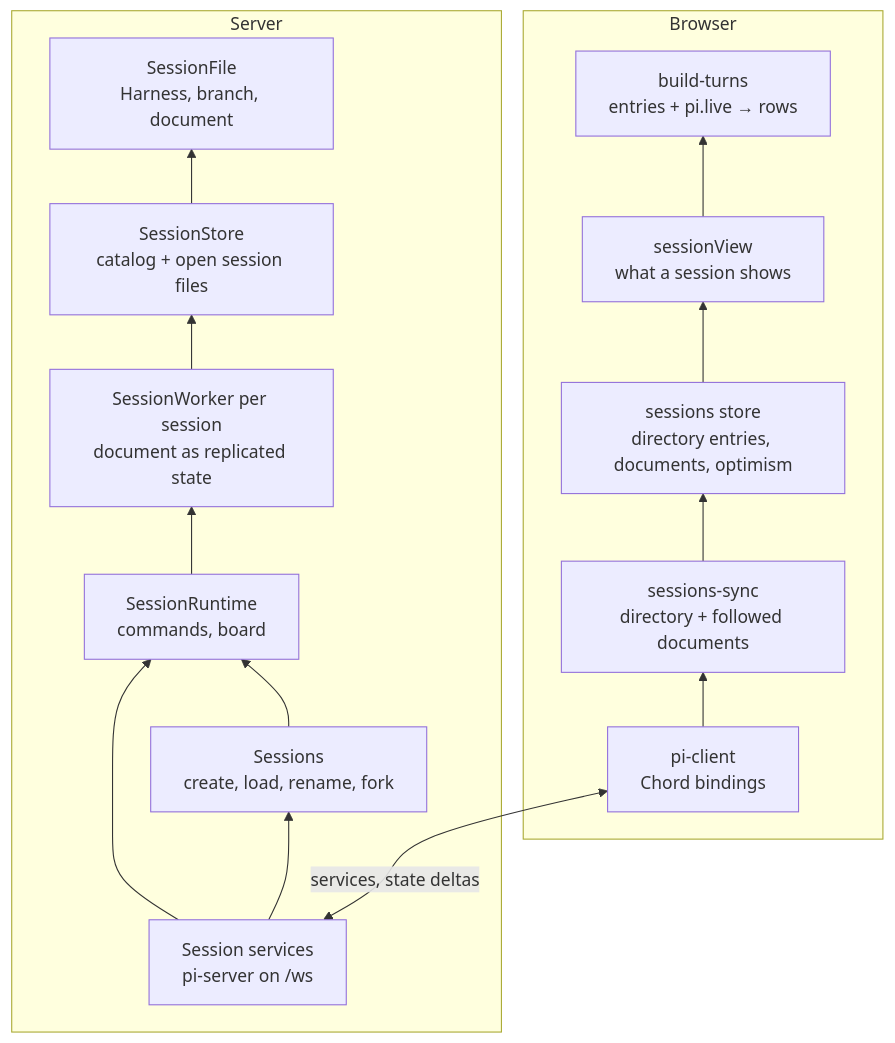
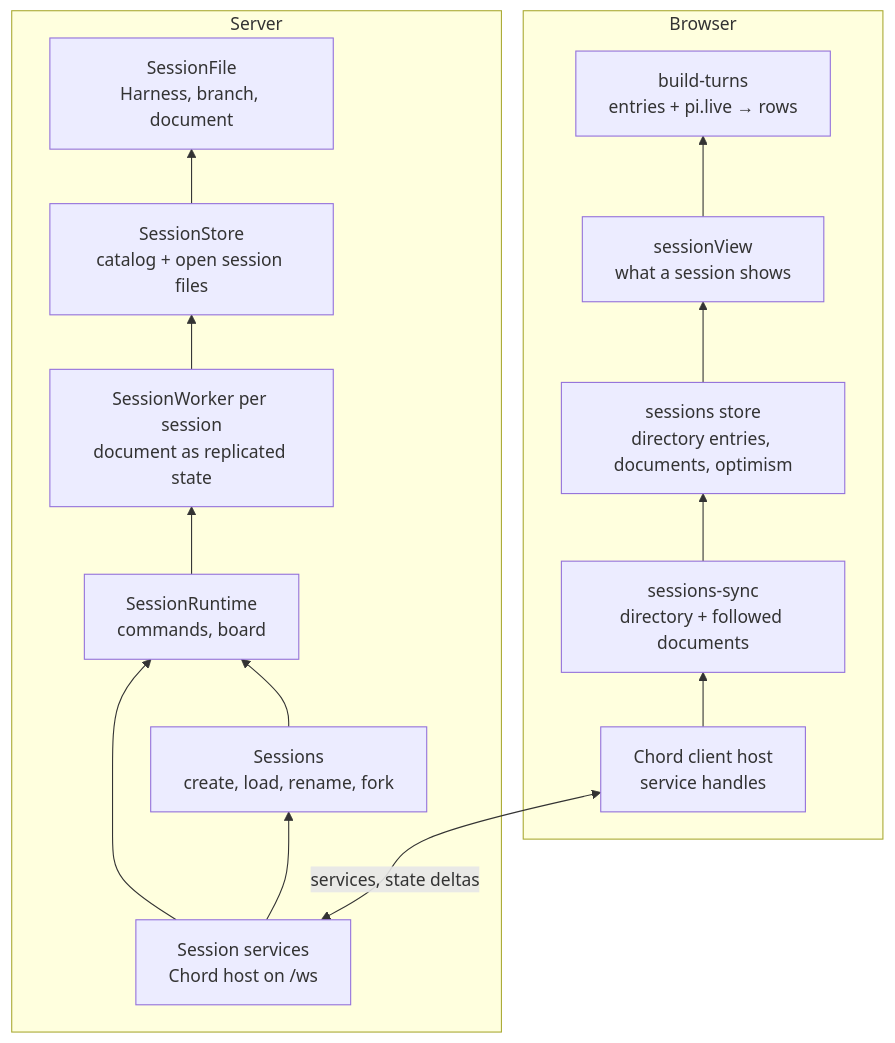
The diagram in docs/internal/session-runtime.md (mattiacerutti/supernova), drawn with Mermaid before and after one commit. The commit also changed other lines of this file and 69 other files, not shown here.

````diff
--- a/docs/internal/session-runtime.md
+++ b/docs/internal/session-runtime.md
@@ -53,32 +53,32 @@
 ```mermaid
 flowchart BT
     subgraph server[Server]
-        edge["Session services<br/>pi-server on /ws"]
+        edge["Session services<br/>Chord host on /ws"]
         sessions["Sessions<br/>create, load, rename, fork"]
         runtimeService["SessionRuntime<br/>commands, board"]
         worker["SessionWorker per session<br/>document as replicated state"]
         store["SessionStore<br/>catalog + open session files"]
         file["SessionFile<br/>Harness, branch, document"]
 
         edge --> sessions
         edge --> runtimeService
         sessions --> runtimeService
         runtimeService --> worker
         worker --> store
         store --> file
     end
 
     subgraph browser[Browser]
-        client["pi-client<br/>Chord bindings"]
+        client["Chord client host<br/>service handles"]
         sync["sessions-sync<br/>directory + followed documents"]
         sessionsStore["sessions store<br/>directory entries, documents, optimism"]
         view["sessionView<br/>what a session shows"]
         timeline["build-turns<br/>entries + pi.live → rows"]
     end
 
     edge <-->|services, state deltas| client
     client --> sync
     sync --> sessionsStore
     sessionsStore --> view
     view --> timeline
 ```
````
